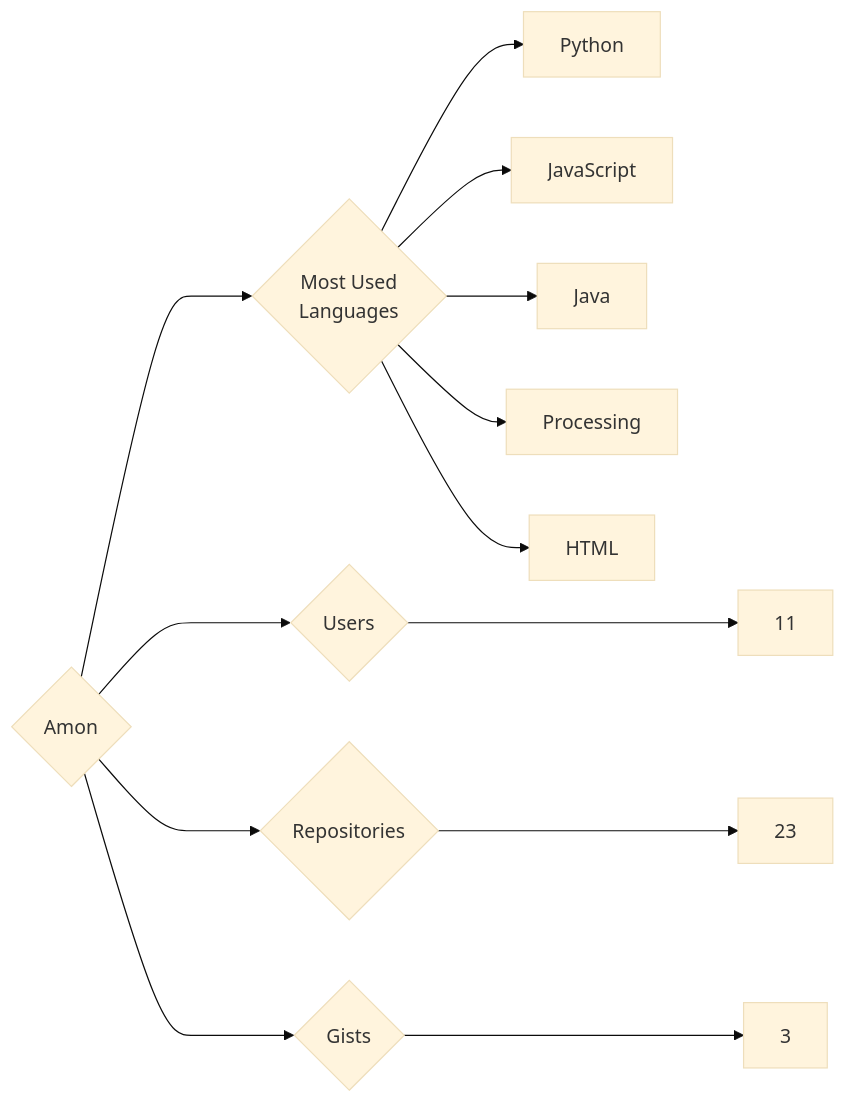
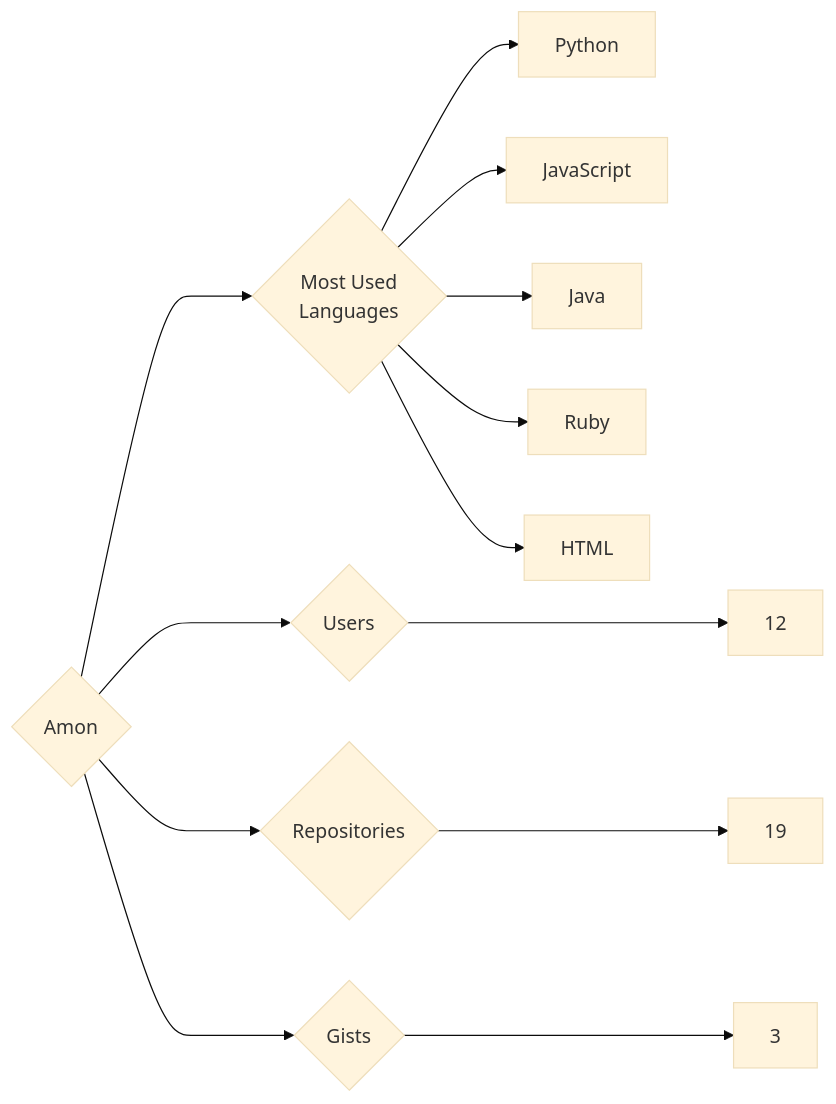
The diagram in targets/Amon/README.md (trickest/insiders), drawn with Mermaid (base theme) before and after one commit. The commit also changed 644 other files, not shown here.

````diff
--- a/targets/Amon/README.md
+++ b/targets/Amon/README.md
@@ -3,13 +3,13 @@
 ```mermaid
 graph LR
 COMPANY_NAME{Amon}
-COMPANY_NAME ---> U{Users} ---> UN[11]
-COMPANY_NAME ---> R{Repositories} ---> RN[23]
+COMPANY_NAME ---> U{Users} ---> UN[12]
+COMPANY_NAME ---> R{Repositories} ---> RN[19]
 COMPANY_NAME ---> G{Gists} ---> GN[3]
 COMPANY_NAME ---> ML{Most Used<br>Languages}
 ML --> Python[Python]
 ML --> JavaScript[JavaScript]
 ML --> Java[Java]
-ML --> Processing[Processing]
+ML --> Ruby[Ruby]
 ML --> HTML[HTML]
 ```
````
